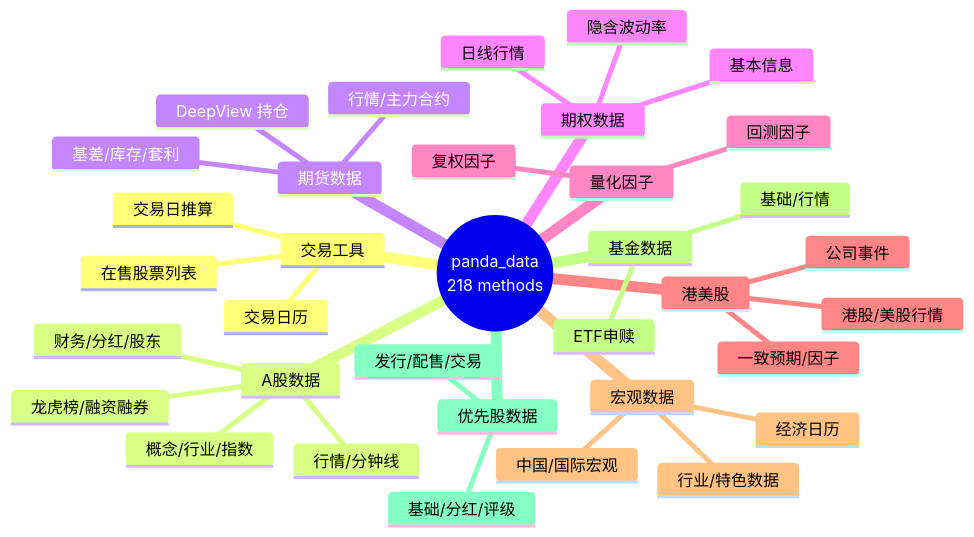
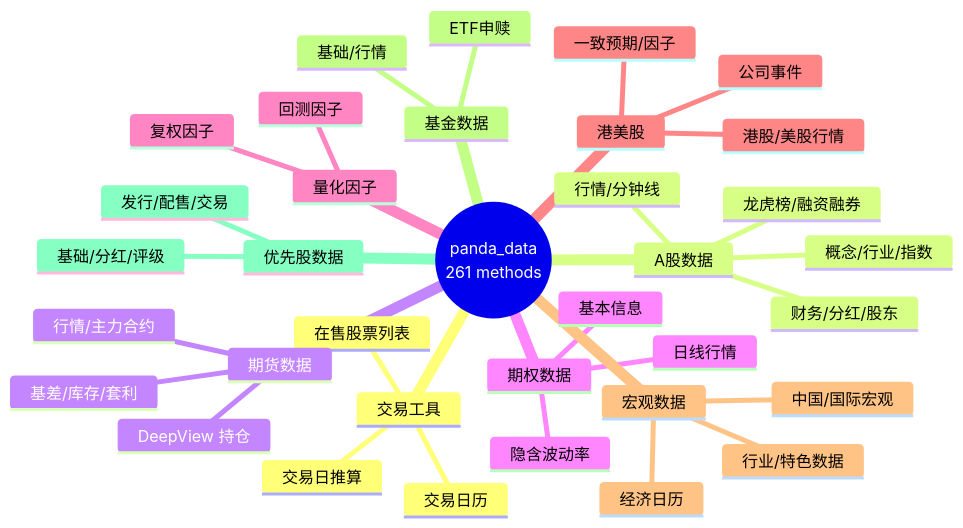
The first of 2 diagrams in README.md (quantskills/skill-pandadata-api), drawn with Mermaid before and after one commit. The commit also changed other lines of this file and 16 other files, not shown here.

Commit message:
feat: support panda_data 1.0.4

````diff
--- a/README.md
+++ b/README.md
@@ -35,38 +35,38 @@
 ```mermaid
 mindmap
-  root((panda_data<br/>218 methods))
+  root((panda_data<br/>261 methods))
     交易工具
       交易日历
       交易日推算
       在售股票列表
     A股数据
       行情/分钟线
       概念/行业/指数
       龙虎榜/融资融券
       财务/分红/股东
     期货数据
       行情/主力合约
       DeepView 持仓
       基差/库存/套利
     期权数据
       基本信息
       日线行情
       隐含波动率
     量化因子
       回测因子
       复权因子
     港美股
       港股/美股行情
       公司事件
       一致预期/因子
     宏观数据
       中国/国际宏观
       行业/特色数据
       经济日历
     基金数据
       基础/行情
       ETF申赎
     优先股数据
       基础/分红/评级
       发行/配售/交易
 ```
````
